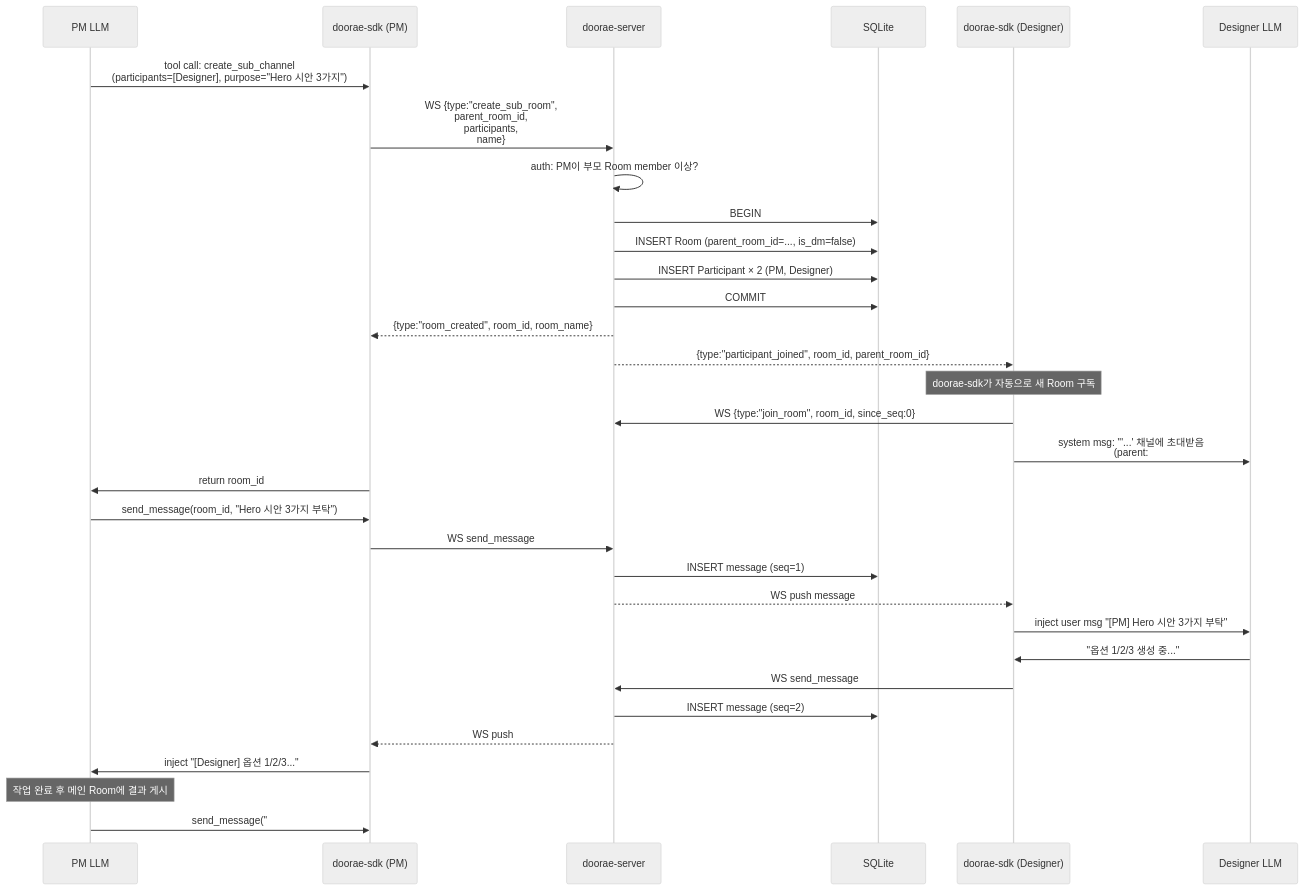
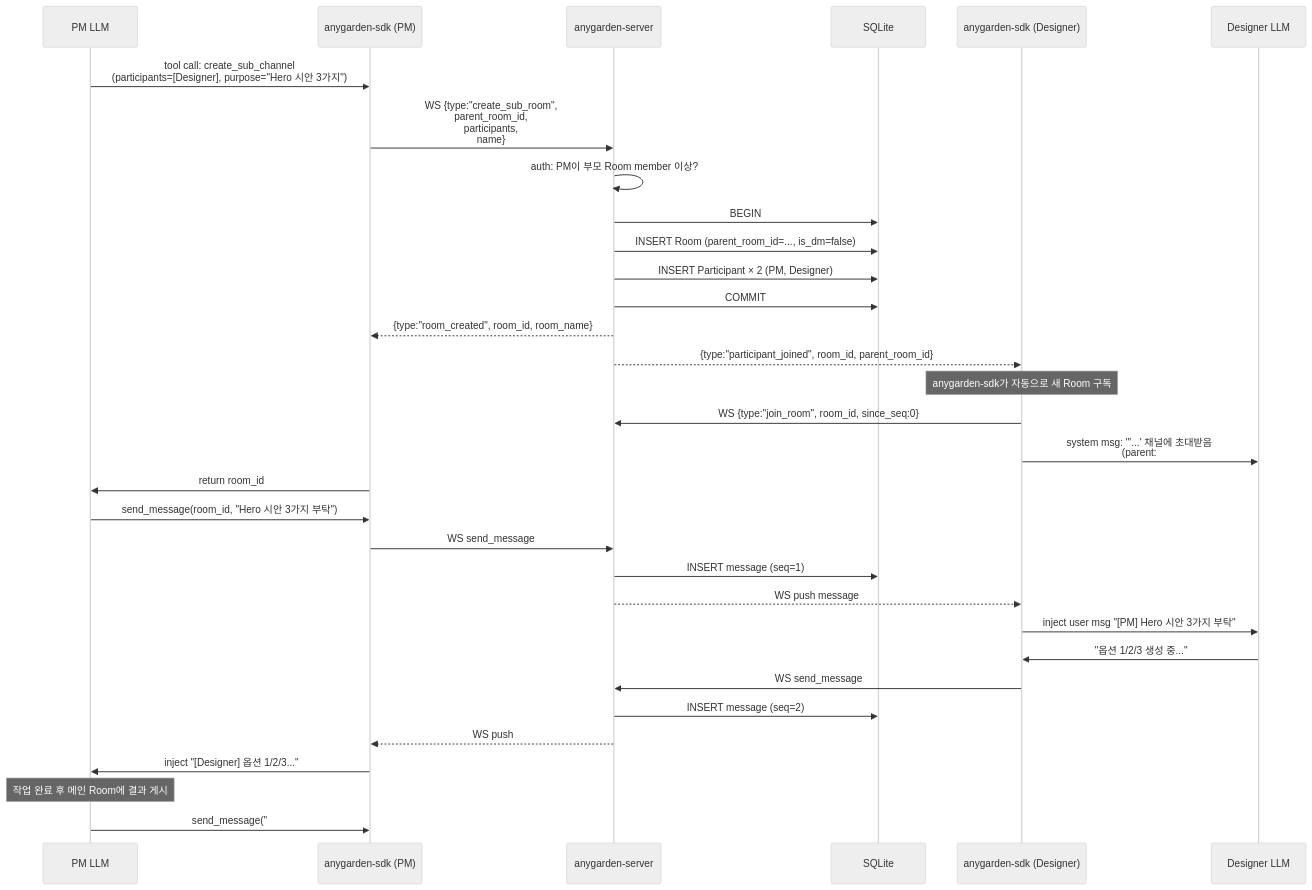
One commit to e7217/anygarden changed the diagram in docs/design/03-agent-hierarchy.md. Above: the diagram before and after it, drawn with Mermaid (neutral theme). The commit also changed other lines of this file and 544 other files, not shown here.

First line of the commit message:
chore: rebrand doorae → anygarden across the codebase (#394)

````diff
--- a/docs/design/03-agent-hierarchy.md
+++ b/docs/design/03-agent-hierarchy.md
@@ -175,42 +175,42 @@
 ```mermaid
 sequenceDiagram
     participant PM_LLM as PM LLM
-    participant SDK_PM as doorae-sdk (PM)
-    participant Server as doorae-server
+    participant SDK_PM as anygarden-sdk (PM)
+    participant Server as anygarden-server
     participant DB as SQLite
-    participant SDK_D as doorae-sdk (Designer)
+    participant SDK_D as anygarden-sdk (Designer)
     participant D_LLM as Designer LLM
 
     PM_LLM->>SDK_PM: tool call: create_sub_channel<br/>(participants=[Designer], purpose="Hero 시안 3가지")
     SDK_PM->>Server: WS {type:"create_sub_room",<br/>parent_room_id,<br/>participants,<br/>name}
 
     Server->>Server: auth: PM이 부모 Room member 이상?
     Server->>DB: BEGIN
     Server->>DB: INSERT Room (parent_room_id=..., is_dm=false)
     Server->>DB: INSERT Participant × 2 (PM, Designer)
     Server->>DB: COMMIT
 
     Server-->>SDK_PM: {type:"room_created", room_id, room_name}
     Server-->>SDK_D: {type:"participant_joined", room_id, parent_room_id}
 
-    Note over SDK_D: doorae-sdk가 자동으로 새 Room 구독
+    Note over SDK_D: anygarden-sdk가 자동으로 새 Room 구독
     SDK_D->>Server: WS {type:"join_room", room_id, since_seq:0}
 
     SDK_D->>D_LLM: system msg: "'...' 채널에 초대받음<br/>(parent: #sprint-42)"
 
     SDK_PM->>PM_LLM: return room_id
     PM_LLM->>SDK_PM: send_message(room_id, "Hero 시안 3가지 부탁")
     SDK_PM->>Server: WS send_message
     Server->>DB: INSERT message (seq=1)
     Server-->>SDK_D: WS push message
 
     SDK_D->>D_LLM: inject user msg "[PM] Hero 시안 3가지 부탁"
     D_LLM->>SDK_D: "옵션 1/2/3 생성 중..."
     SDK_D->>Server: WS send_message
     Server->>DB: INSERT message (seq=2)
     Server-->>SDK_PM: WS push
     SDK_PM->>PM_LLM: inject "[Designer] 옵션 1/2/3..."
 
     Note over PM_LLM: 작업 완료 후 메인 Room에 결과 게시
     PM_LLM->>SDK_PM: send_message("#sprint-42", "Designer: 옵션 2 채택")
 ```
````
